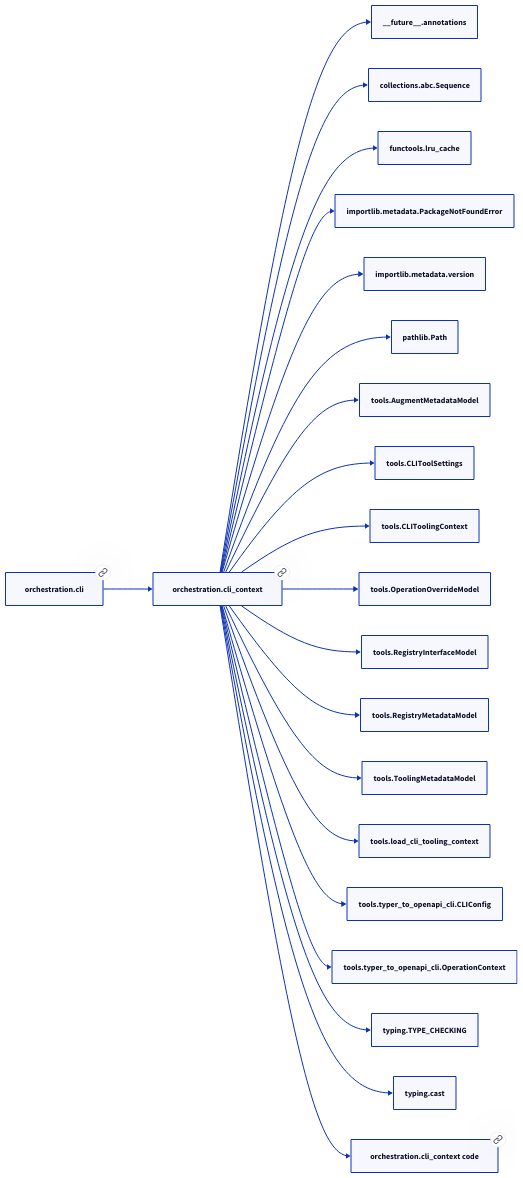
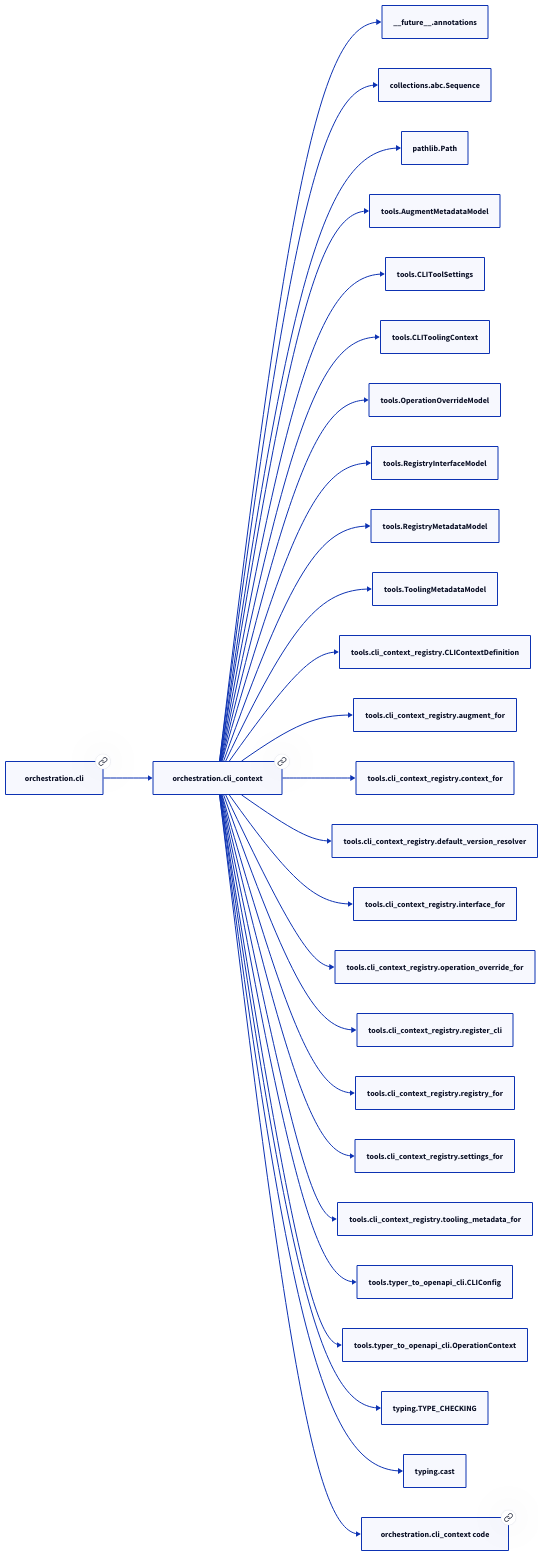
Before and after one commit to paul-heyse/kgforge: the diagram in docs/modules/orchestration/cli_context.md, drawn with D2. The commit also changed other lines of this file and 279 other files, not shown here.

````diff
--- a/docs/modules/orchestration/cli_context.md
+++ b/docs/modules/orchestration/cli_context.md
@@ -69,44 +65,56 @@
 ```d2
 direction: right
 "orchestration.cli_context": "orchestration.cli_context" { link: "./orchestration/cli_context.md" }
 "__future__.annotations": "__future__.annotations"
 "orchestration.cli_context" -> "__future__.annotations"
 "collections.abc.Sequence": "collections.abc.Sequence"
 "orchestration.cli_context" -> "collections.abc.Sequence"
-"functools.lru_cache": "functools.lru_cache"
-"orchestration.cli_context" -> "functools.lru_cache"
-"importlib.metadata.PackageNotFoundError": "importlib.metadata.PackageNotFoundError"
-"orchestration.cli_context" -> "importlib.metadata.PackageNotFoundError"
-"importlib.metadata.version": "importlib.metadata.version"
-"orchestration.cli_context" -> "importlib.metadata.version"
 "pathlib.Path": "pathlib.Path"
 "orchestration.cli_context" -> "pathlib.Path"
 "tools.AugmentMetadataModel": "tools.AugmentMetadataModel"
 "orchestration.cli_context" -> "tools.AugmentMetadataModel"
 "tools.CLIToolSettings": "tools.CLIToolSettings"
 "orchestration.cli_context" -> "tools.CLIToolSettings"
 "tools.CLIToolingContext": "tools.CLIToolingContext"
 "orchestration.cli_context" -> "tools.CLIToolingContext"
 "tools.OperationOverrideModel": "tools.OperationOverrideModel"
 "orchestration.cli_context" -> "tools.OperationOverrideModel"
 "tools.RegistryInterfaceModel": "tools.RegistryInterfaceModel"
 "orchestration.cli_context" -> "tools.RegistryInterfaceModel"
 "tools.RegistryMetadataModel": "tools.RegistryMetadataModel"
 "orchestration.cli_context" -> "tools.RegistryMetadataModel"
 "tools.ToolingMetadataModel": "tools.ToolingMetadataModel"
 "orchestration.cli_context" -> "tools.ToolingMetadataModel"
-"tools.load_cli_tooling_context": "tools.load_cli_tooling_context"
-"orchestration.cli_context" -> "tools.load_cli_tooling_context"
+"tools.cli_context_registry.CLIContextDefinition": "tools.cli_context_registry.CLIContextDefinition"
+"orchestration.cli_context" -> "tools.cli_context_registry.CLIContextDefinition"
+"tools.cli_context_registry.augment_for": "tools.cli_context_registry.augment_for"
+"orchestration.cli_context" -> "tools.cli_context_registry.augment_for"
+"tools.cli_context_registry.context_for": "tools.cli_context_registry.context_for"
+"orchestration.cli_context" -> "tools.cli_context_registry.context_for"
+"tools.cli_context_registry.default_version_resolver": "tools.cli_context_registry.default_version_resolver"
+"orchestration.cli_context" -> "tools.cli_context_registry.default_version_resolver"
+"tools.cli_context_registry.interface_for": "tools.cli_context_registry.interface_for"
+"orchestration.cli_context" -> "tools.cli_context_registry.interface_for"
+"tools.cli_context_registry.operation_override_for": "tools.cli_context_registry.operation_override_for"
+"orchestration.cli_context" -> "tools.cli_context_registry.operation_override_for"
+"tools.cli_context_registry.register_cli": "tools.cli_context_registry.register_cli"
+"orchestration.cli_context" -> "tools.cli_context_registry.register_cli"
+"tools.cli_context_registry.registry_for": "tools.cli_context_registry.registry_for"
+"orchestration.cli_context" -> "tools.cli_context_registry.registry_for"
+"tools.cli_context_registry.settings_for": "tools.cli_context_registry.settings_for"
+"orchestration.cli_context" -> "tools.cli_context_registry.settings_for"
+"tools.cli_context_registry.tooling_metadata_for": "tools.cli_context_registry.tooling_metadata_for"
+"orchestration.cli_context" -> "tools.cli_context_registry.tooling_metadata_for"
 "tools.typer_to_openapi_cli.CLIConfig": "tools.typer_to_openapi_cli.CLIConfig"
 "orchestration.cli_context" -> "tools.typer_to_openapi_cli.CLIConfig"
 "tools.typer_to_openapi_cli.OperationContext": "tools.typer_to_openapi_cli.OperationContext"
 "orchestration.cli_context" -> "tools.typer_to_openapi_cli.OperationContext"
 "typing.TYPE_CHECKING": "typing.TYPE_CHECKING"
 "orchestration.cli_context" -> "typing.TYPE_CHECKING"
 "typing.cast": "typing.cast"
 "orchestration.cli_context" -> "typing.cast"
 "orchestration.cli": "orchestration.cli" { link: "./orchestration/cli.md" }
 "orchestration.cli" -> "orchestration.cli_context"
 "orchestration.cli_context_code": "orchestration.cli_context code" { link: "https://github.com/kgfoundry/kgfoundry/blob/main/src/orchestration/cli_context.py" }
 "orchestration.cli_context" -> "orchestration.cli_context_code" { style: dashed }
 ```
````
